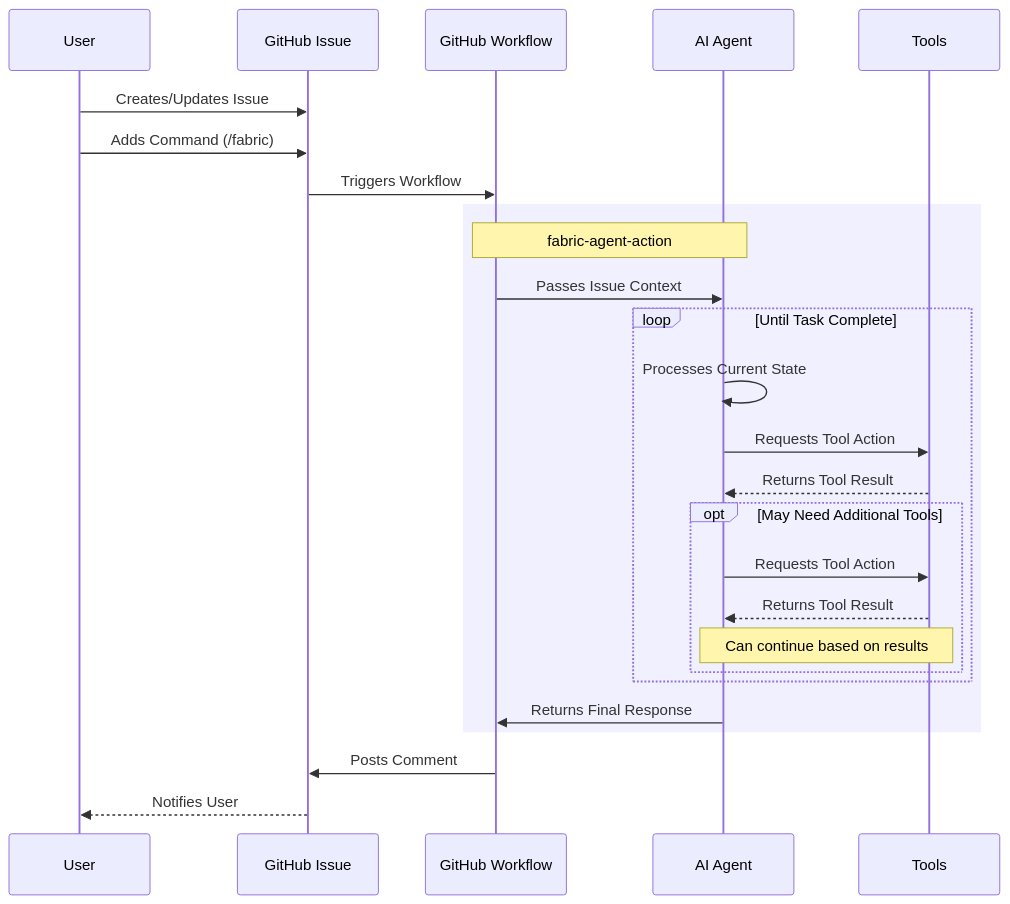
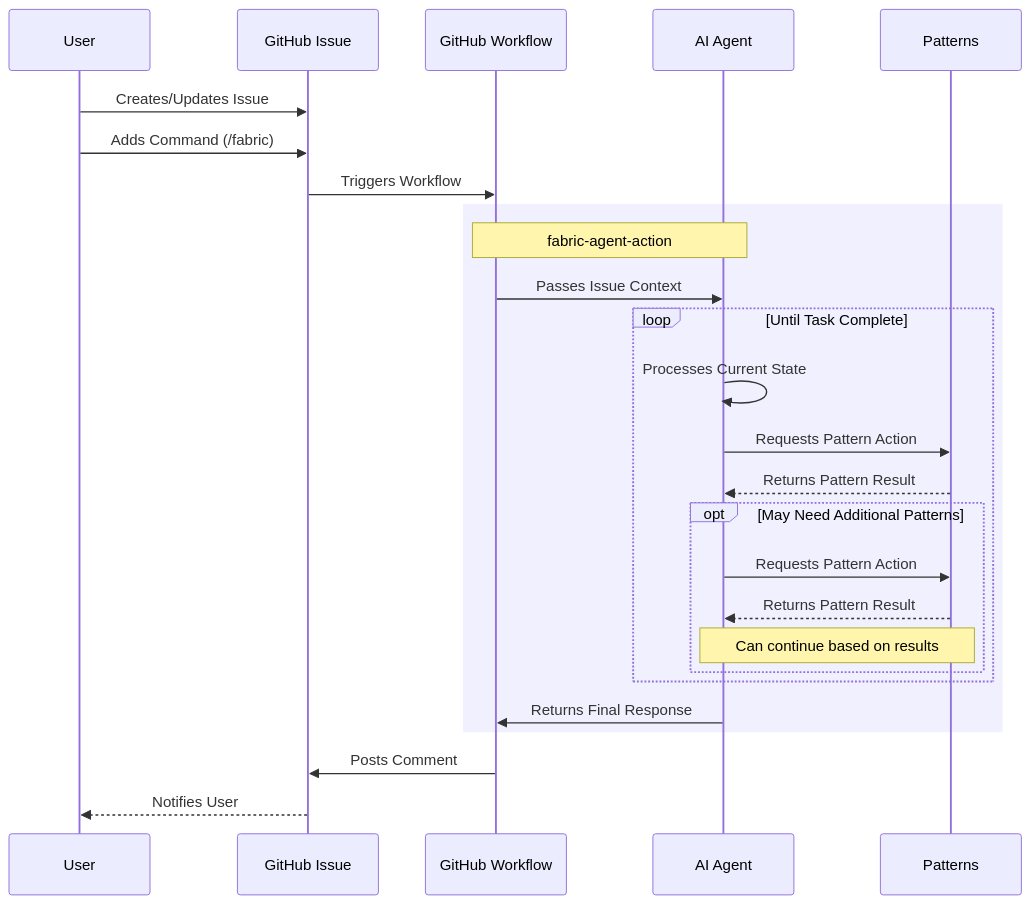
The second of 5 diagrams in README.md (xvnpw/fabric-agent-action), drawn with Mermaid before and after one commit. The commit also changed other lines of this file, not shown here.

````diff
--- a/README.md
+++ b/README.md
@@ -141,34 +141,34 @@
 ```mermaid
 sequenceDiagram
     participant U as User
     participant GI as GitHub Issue
     participant WF as GitHub Workflow
     participant A as AI Agent
-    participant T as Tools
+    participant T as Patterns
 
     U->>GI: Creates/Updates Issue
     U->>GI: Adds Command (/fabric)
     GI->>WF: Triggers Workflow
-    
+
     rect rgb(240, 240, 255)
         Note over WF,A: fabric-agent-action
         WF->>A: Passes Issue Context
-        
+
         loop Until Task Complete
             A->>A: Processes Current State
-            A->>T: Requests Tool Action #1
-            T-->>A: Returns Tool Result #1
-            
-            opt May Need Additional Tools
-                A->>T: Requests Tool Action #2
-                T-->>A: Returns Tool Result #2
+            A->>T: Requests Pattern Action #1
+            T-->>A: Returns Pattern Result #1
+
+            opt May Need Additional Patterns
+                A->>T: Requests Pattern Action #2
+                T-->>A: Returns Pattern Result #2
                 Note over A,T: Can continue based on results
             end
         end
-        
+
         A->>WF: Returns Final Response
     end
-    
+
     WF->>GI: Posts Comment
     GI-->>U: Notifies User
 ```
````
